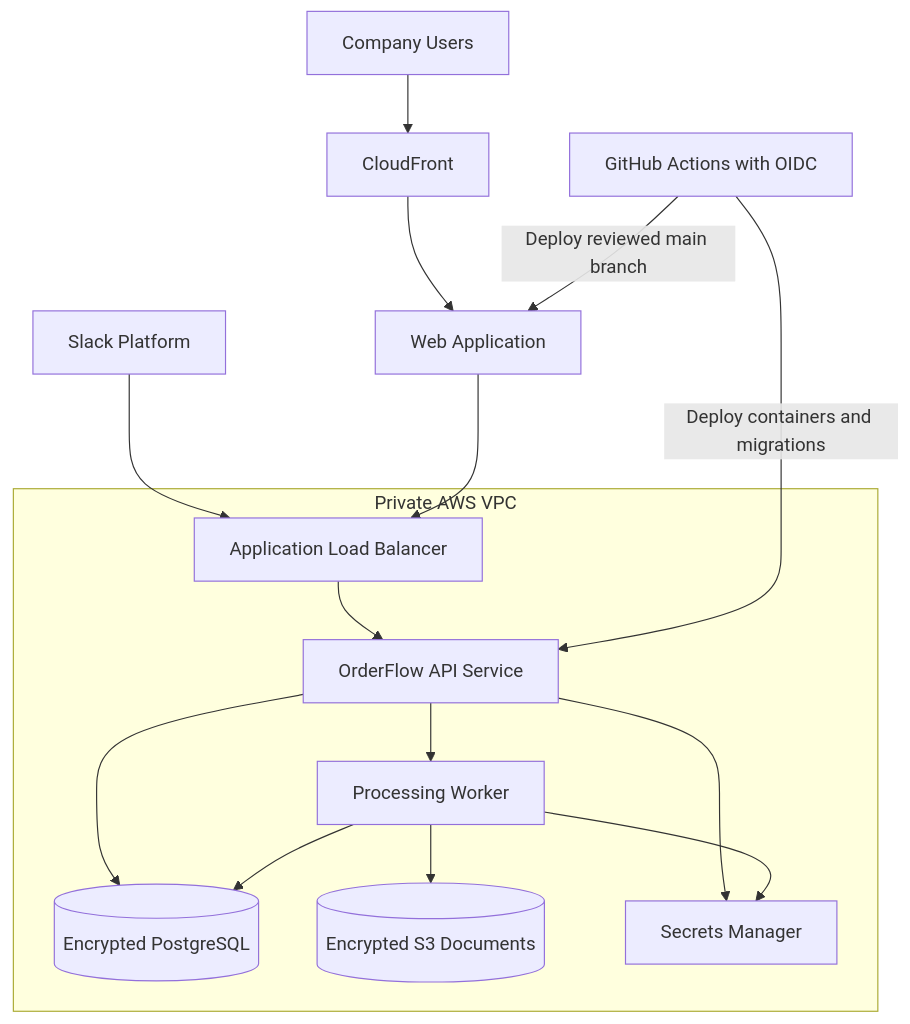
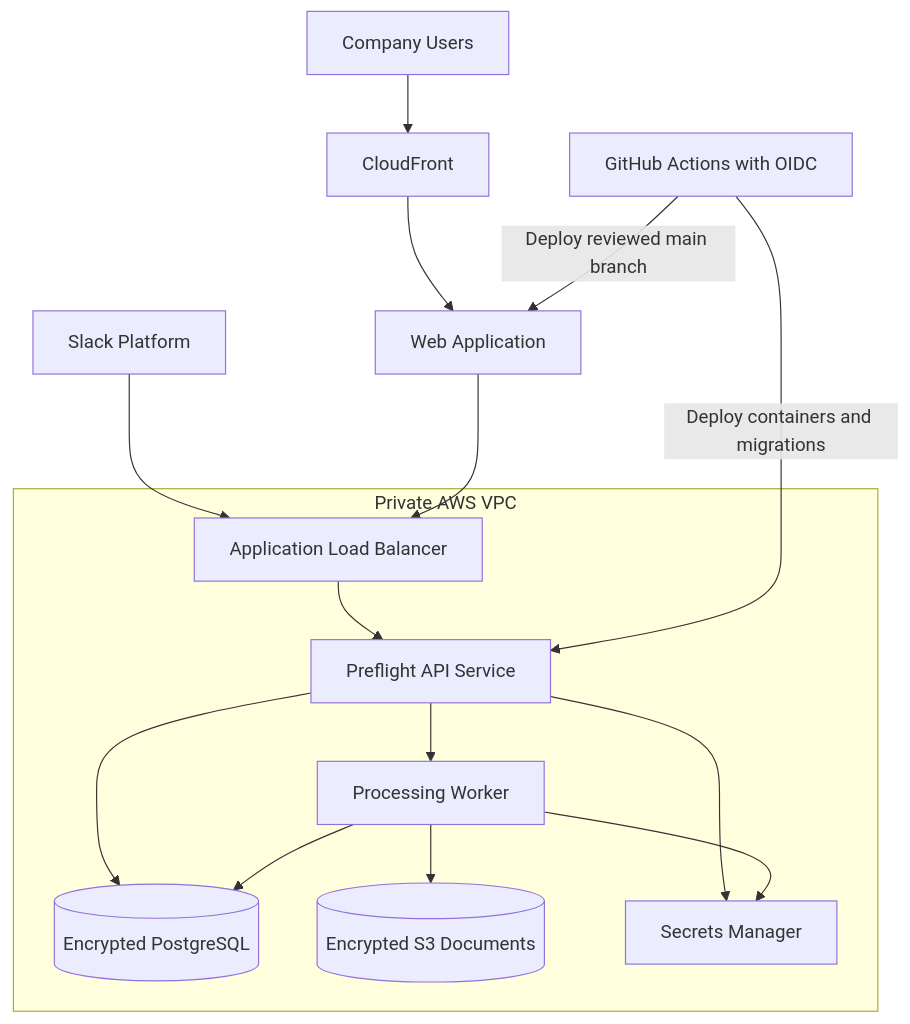
The fifth of 5 diagrams in docs/architecture.md (brianhuynh2021/po-preflight), drawn with Mermaid before and after one commit. The commit also changed other lines of this file and 32 other files, not shown here.

First line of the commit message:
Rename project from OrderFlow AI to PO Preflight

````diff
--- a/docs/architecture.md
+++ b/docs/architecture.md
@@ -144,20 +144,20 @@
 ```mermaid
 flowchart TB
     Users["Company Users"] --> CloudFront["CloudFront"]
     CloudFront --> Web["Web Application"]
     Slack["Slack Platform"] --> ALB["Application Load Balancer"]
     Web --> ALB
 
     subgraph VPC["Private AWS VPC"]
-        ALB --> API["OrderFlow API Service"]
+        ALB --> API["Preflight API Service"]
         API --> Worker["Processing Worker"]
         API --> RDS[("Encrypted PostgreSQL")]
         Worker --> RDS
         Worker --> S3[("Encrypted S3 Documents")]
         API --> Secrets["Secrets Manager"]
         Worker --> Secrets
     end
 
     CI["GitHub Actions with OIDC"] -->|Deploy reviewed main branch| Web
     CI -->|Deploy containers and migrations| API
 ```
````
